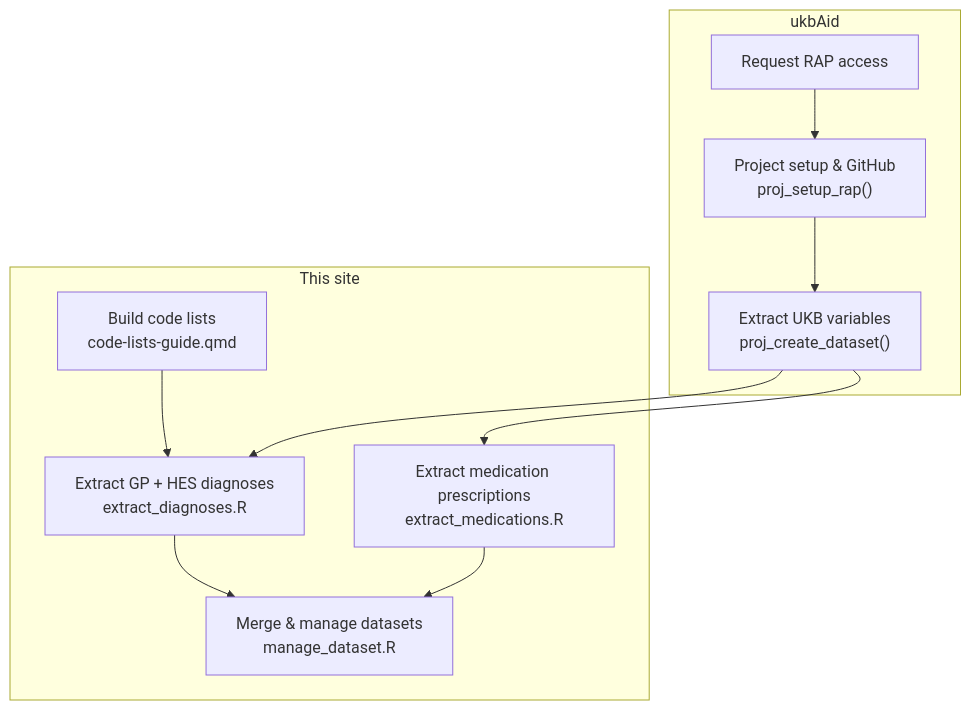
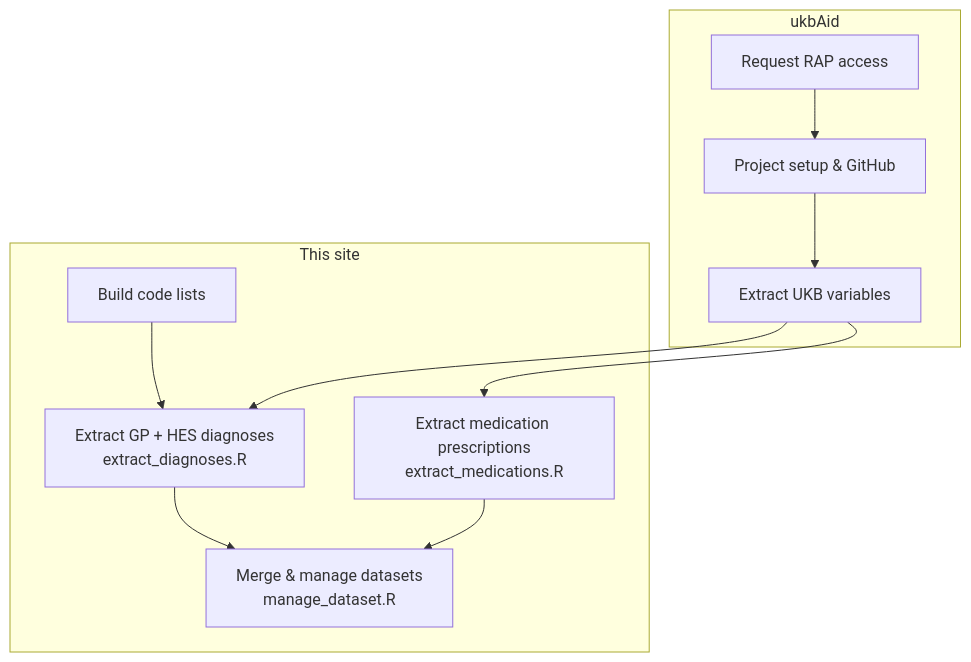
Before and after one commit to saras-clin/UKB_help: the diagram in docs/index.qmd, drawn with Mermaid.

Commit message:
Clean up diagram node labels and minor index.qmd edits

````diff
--- a/docs/index.qmd
+++ b/docs/index.qmd
@@ -102,22 +102,22 @@
 ```{mermaid}
 flowchart TD
     subgraph ukbaid ["ukbAid"]
         A["Request RAP access"]
-        B["Project setup & GitHub<br/>proj_setup_rap()"]
-        C["Extract UKB variables<br/>proj_create_dataset()"]
+        B["Project setup & GitHub"]
+        C["Extract UKB variables"]
         A --> B --> C
     end
 
     subgraph site ["This site"]
-        D["Build code lists<br/>code-lists-guide.qmd"]
+        D["Build code lists"]
         E["Extract GP + HES diagnoses<br/>extract_diagnoses.R"]
         F["Extract medication prescriptions<br/>extract_medications.R"]
         G["Merge & manage datasets<br/>manage_dataset.R"]
         D --> E
         E --> G
         F --> G
     end
 
     C --> E
     C --> F
 ```
````
